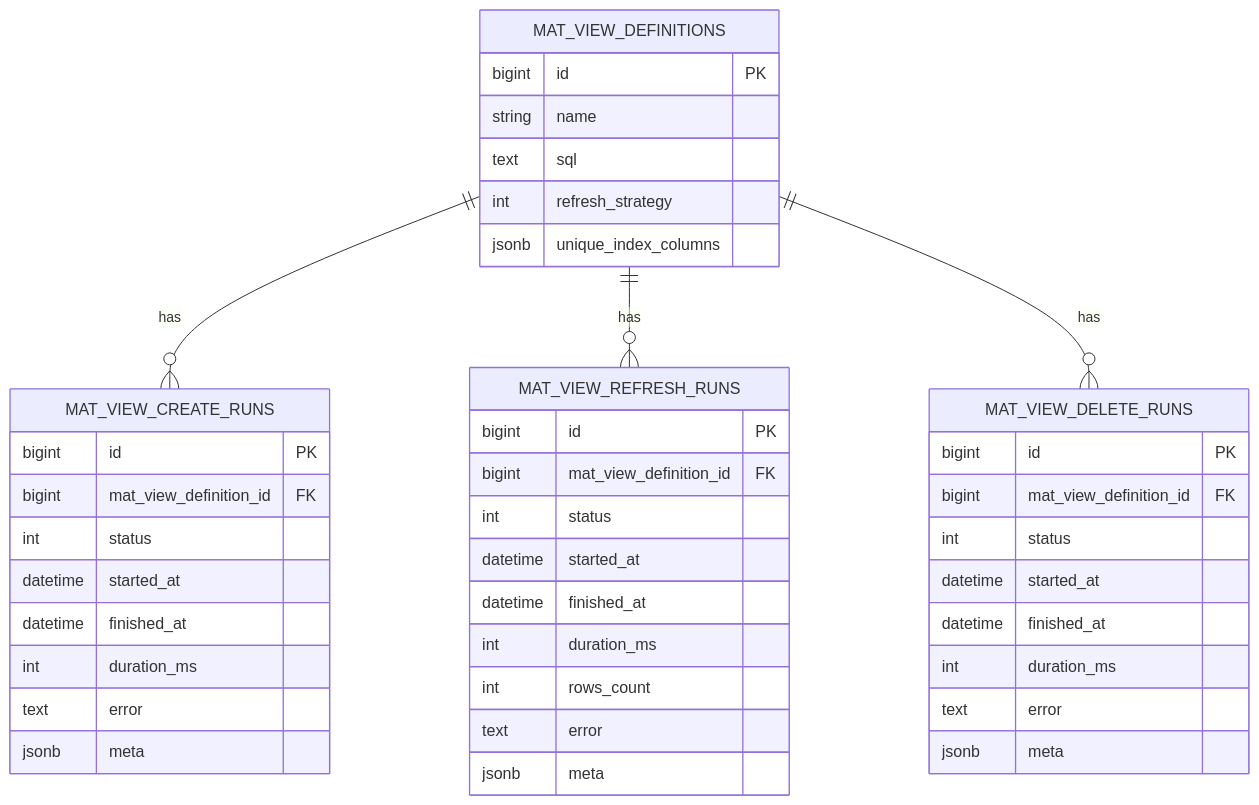
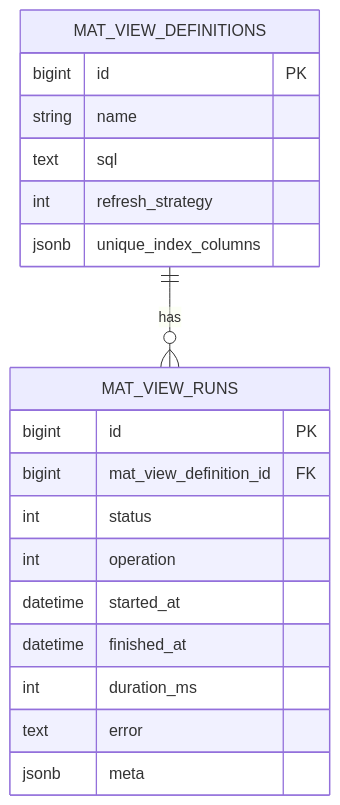
Before and after one commit to Code-Vedas/rails_materialized_views: the diagram in docs/pages/5.2 runs.md, drawn with Mermaid. The commit also changed other lines of this file and 52 other files, not shown here.

First line of the commit message:
refactor: Unify run tracking into a single `mat_view_runs` table (#97)

````diff
--- a/docs/pages/5.2 runs.md
+++ b/docs/pages/5.2 runs.md
@@ -97,48 +69,24 @@
 ```mermaid
 erDiagram
-  MAT_VIEW_DEFINITIONS ||--o{ MAT_VIEW_CREATE_RUNS  : has
-  MAT_VIEW_DEFINITIONS ||--o{ MAT_VIEW_REFRESH_RUNS : has
-  MAT_VIEW_DEFINITIONS ||--o{ MAT_VIEW_DELETE_RUNS  : has
+  MAT_VIEW_DEFINITIONS ||--o{ MAT_VIEW_RUNS  : has
 
   MAT_VIEW_DEFINITIONS {
     bigint id PK
     string name
     text   sql
     int    refresh_strategy
     jsonb  unique_index_columns
   }
 
-  MAT_VIEW_CREATE_RUNS {
+  MAT_VIEW_RUNS {
     bigint id PK
     bigint mat_view_definition_id FK
     int    status
-    datetime started_at
-    datetime finished_at
-    int    duration_ms
-    text   error
-    jsonb  meta
-  }
-
-  MAT_VIEW_REFRESH_RUNS {
-    bigint id PK
-    bigint mat_view_definition_id FK
-    int    status
-    datetime started_at
-    datetime finished_at
-    int    duration_ms
-    int    rows_count
-    text   error
-    jsonb  meta
-  }
-
-  MAT_VIEW_DELETE_RUNS {
-    bigint id PK
-    bigint mat_view_definition_id FK
-    int    status
+    int    operation
     datetime started_at
     datetime finished_at
     int    duration_ms
     text   error
     jsonb  meta
   }
 ```
````
